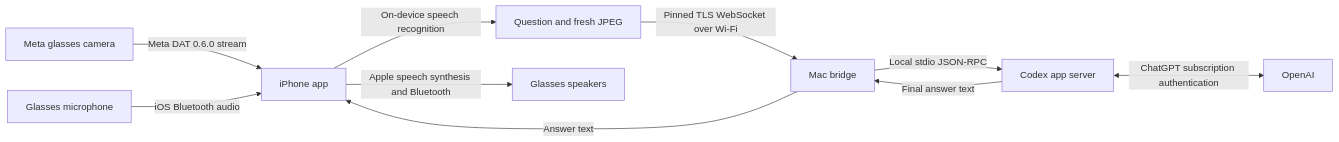
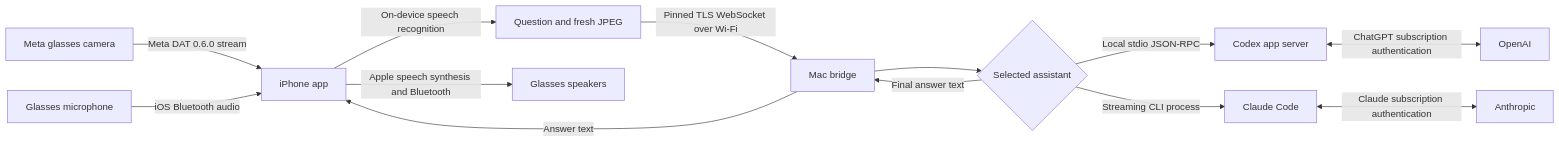
Before and after one commit to soothslayer/RayBridge: the diagram in docs/architecture.md, drawn with Mermaid. The commit also changed other lines of this file and 13 other files, not shown here.

Commit message:
Add Claude Code assistant provider

````diff
--- a/docs/architecture.md
+++ b/docs/architecture.md
@@ -3,12 +3,15 @@
 ```mermaid
 flowchart LR
     G[Meta glasses camera] -->|Meta DAT 0.6.0 stream| I[iPhone app]
     M[Glasses microphone] -->|iOS Bluetooth audio| I
     I -->|On-device speech recognition| Q[Question and fresh JPEG]
     Q -->|Pinned TLS WebSocket over Wi-Fi| B[Mac bridge]
-    B -->|Local stdio JSON-RPC| C[Codex app server]
+    B --> A{Selected assistant}
+    A -->|Local stdio JSON-RPC| C[Codex app server]
+    A -->|Streaming CLI process| D[Claude Code]
     C <-->|ChatGPT subscription authentication| O[OpenAI]
-    C -->|Final answer text| B
+    D <-->|Claude subscription authentication| H[Anthropic]
+    A -->|Final answer text| B
     B -->|Answer text| I
     I -->|Apple speech synthesis and Bluetooth| S[Glasses speakers]
 ```
````
